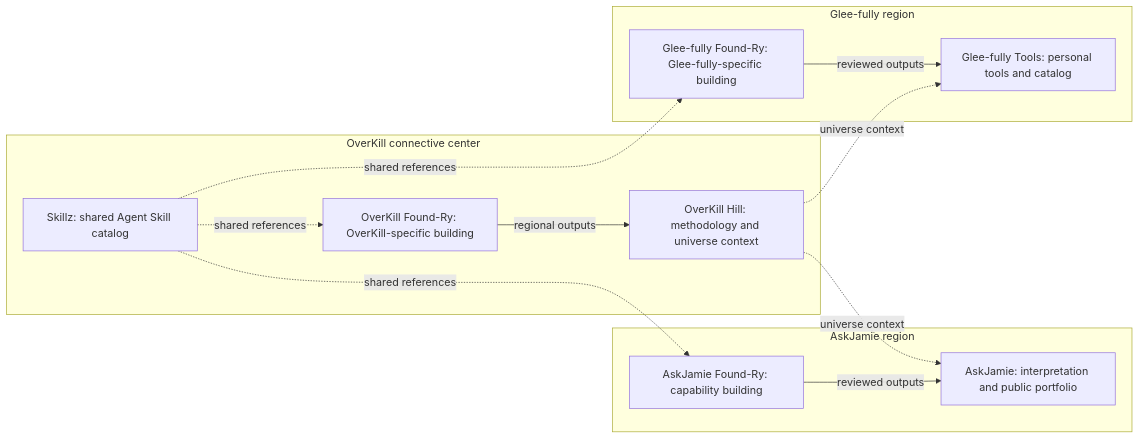
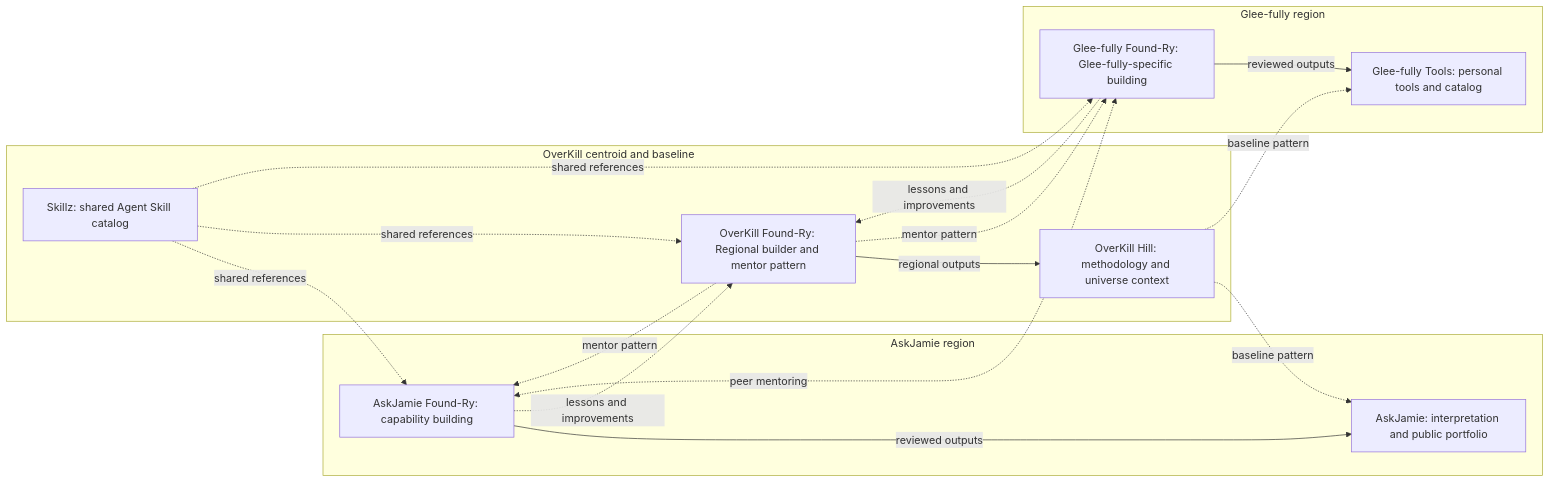
Before and after one commit to OKHP3/AskJamie-FoundRy: the diagram in docs/ecosystem-map.md, drawn with Mermaid. The commit also changed other lines of this file and 5 other files, not shown here.

Commit message:
Make reciprocal Found-Ry mentoring explicit in guidance and app

````diff
--- a/docs/ecosystem-map.md
+++ b/docs/ecosystem-map.md
@@ -7,24 +8,29 @@
 ```mermaid
 flowchart LR
   subgraph AJ[AskJamie region]
     A[AskJamie: interpretation and public portfolio]
     AF[AskJamie Found-Ry: capability building]
     AF -->|reviewed outputs| A
   end
-  subgraph OK[OverKill connective center]
+  subgraph OK[OverKill centroid and baseline]
     O[OverKill Hill: methodology and universe context]
     S[Skillz: shared Agent Skill catalog]
-    OF[OverKill Found-Ry: OverKill-specific building]
+    OF[OverKill Found-Ry: Regional builder and mentor pattern]
     OF -->|regional outputs| O
   end
   subgraph GF[Glee-fully region]
     G[Glee-fully Tools: personal tools and catalog]
     GFY[Glee-fully Found-Ry: Glee-fully-specific building]
     GFY -->|reviewed outputs| G
   end
-  O -. universe context .-> A
-  O -. universe context .-> G
+  O -. baseline pattern .-> A
+  O -. baseline pattern .-> G
   S -. shared references .-> AF
   S -. shared references .-> OF
   S -. shared references .-> GFY
+  OF -. mentor pattern .-> AF
+  OF -. mentor pattern .-> GFY
+  AF -. lessons and improvements .-> OF
+  GFY -. lessons and improvements .-> OF
+  AF <-. peer mentoring .-> GFY
 ```
````
